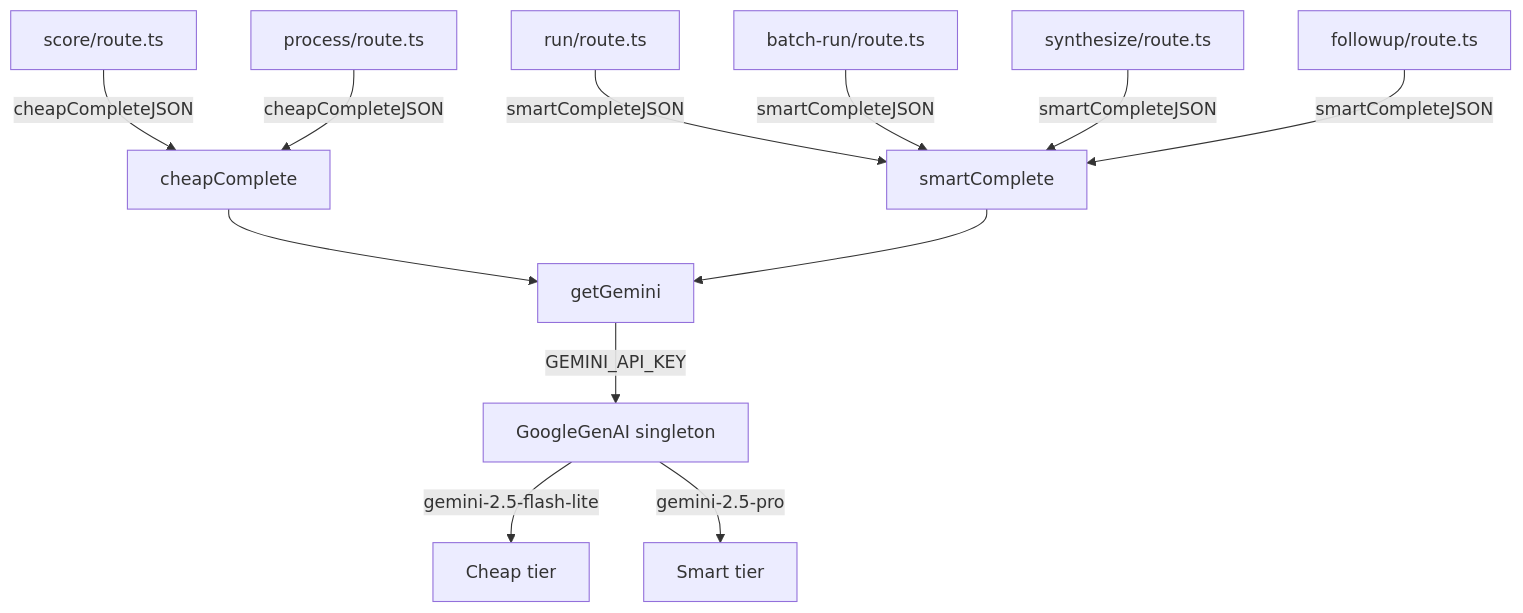
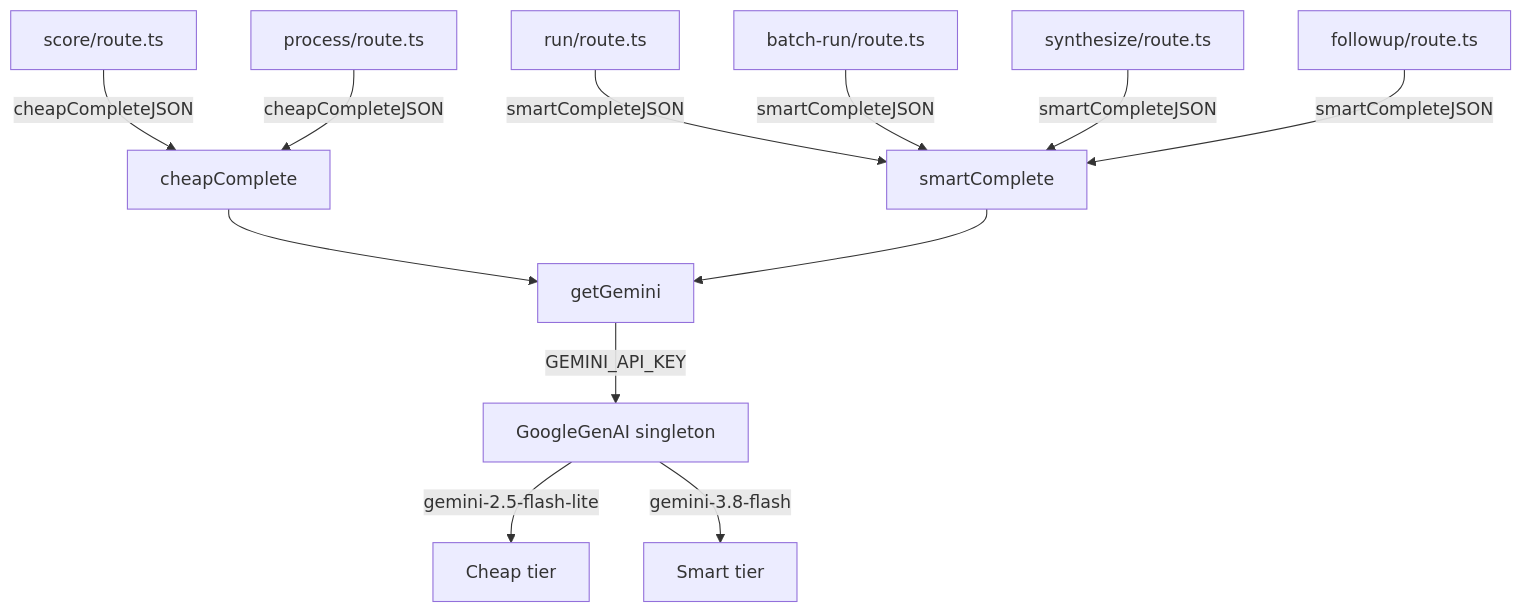
One commit to forrestmill-cmd/gongwizard changed the diagram in docs/generated/configuration-reference.md. Above: the diagram before and after it, drawn with Mermaid. The commit also changed other lines of this file and 9 other files, not shown here.

````diff
--- a/docs/generated/configuration-reference.md
+++ b/docs/generated/configuration-reference.md
@@ -300,14 +300,14 @@
 ```mermaid
 graph TD
     A[score/route.ts] -->|cheapCompleteJSON| B[cheapComplete]
     C[process/route.ts] -->|cheapCompleteJSON| B
     D[run/route.ts] -->|smartCompleteJSON| E[smartComplete]
     F[batch-run/route.ts] -->|smartCompleteJSON| E
     G[synthesize/route.ts] -->|smartCompleteJSON| E
     H[followup/route.ts] -->|smartCompleteJSON| E
     B --> I[getGemini]
     E --> I
     I -->|GEMINI_API_KEY| J[GoogleGenAI singleton]
     J -->|gemini-2.5-flash-lite| K[Cheap tier]
-    J -->|gemini-2.5-pro| L[Smart tier]
+    J -->|gemini-3.8-flash| L[Smart tier]
 ```
````
